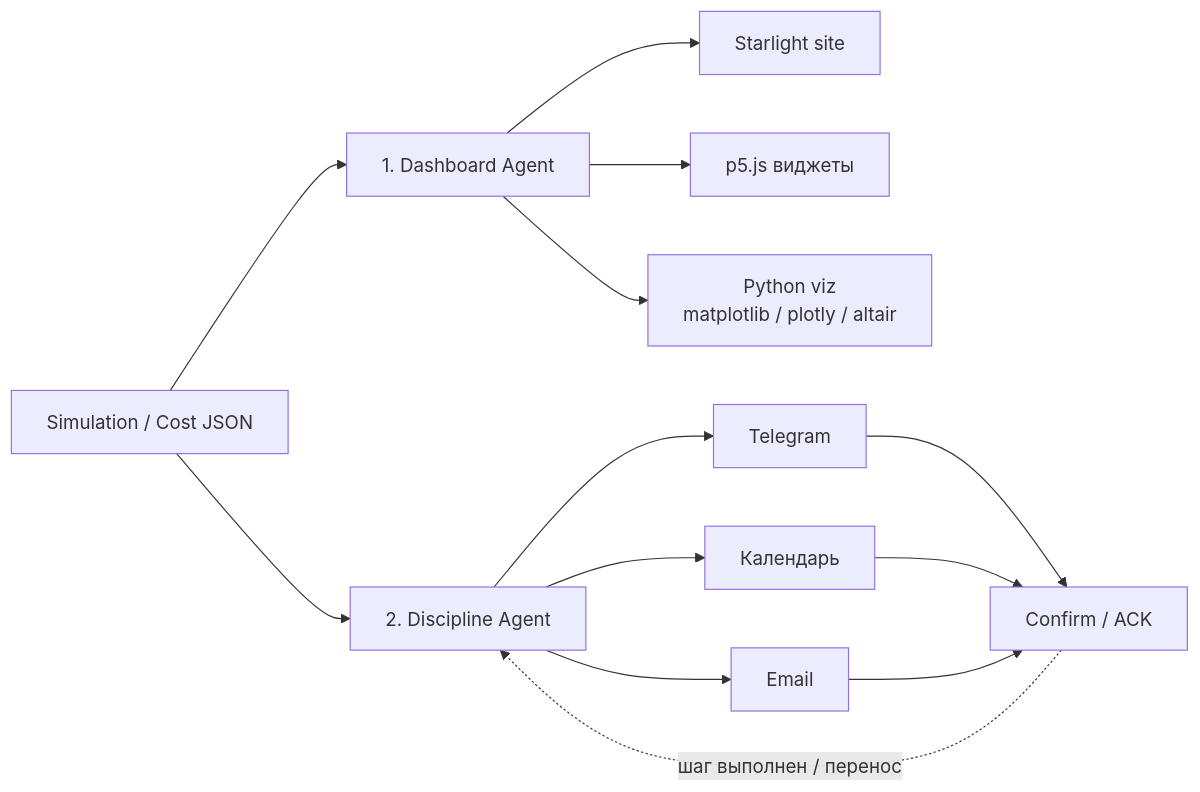
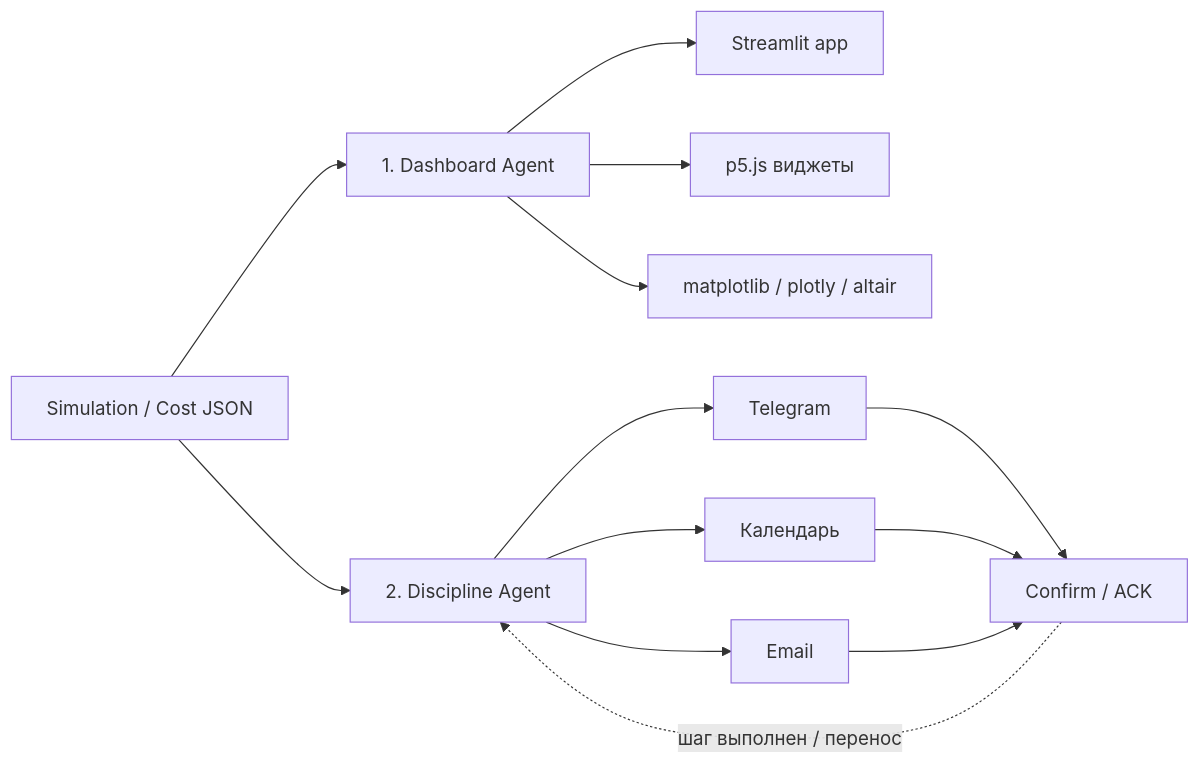
Before and after one commit to evgeniy-borisov/vairl: the third of 3 diagrams in _posts/2026-07-15-banking-credit-card-grace-case-ru.md, drawn with Mermaid. The commit also changed other lines of this file and 3 other files, not shown here.

Commit message:
Заменить Starlight на Streamlit в описании Dashboard Agent.

````diff
--- a/_posts/2026-07-15-banking-credit-card-grace-case-ru.md
+++ b/_posts/2026-07-15-banking-credit-card-grace-case-ru.md
@@ -388,21 +388,21 @@
 ```mermaid
 flowchart LR
   Sim["Simulation / Cost JSON"]
   DA["1. Dashboard Agent"]
   DI["2. Discipline Agent"]
-  Star["Starlight site"]
+  ST["Streamlit app"]
   P5["p5.js виджеты"]
-  Py["Python viz\nmatplotlib / plotly / altair"]
+  Py["matplotlib / plotly / altair"]
   TG["Telegram"]
   Cal["Календарь"]
   Mail["Email"]
   ACK["Confirm / ACK"]
 
-  Sim --> DA --> Star
+  Sim --> DA --> ST
   DA --> P5
   DA --> Py
   Sim --> DI
   DI --> TG & Cal & Mail
   TG & Cal & Mail --> ACK
   ACK -.->|шаг выполнен / перенос| DI
 ```
````
